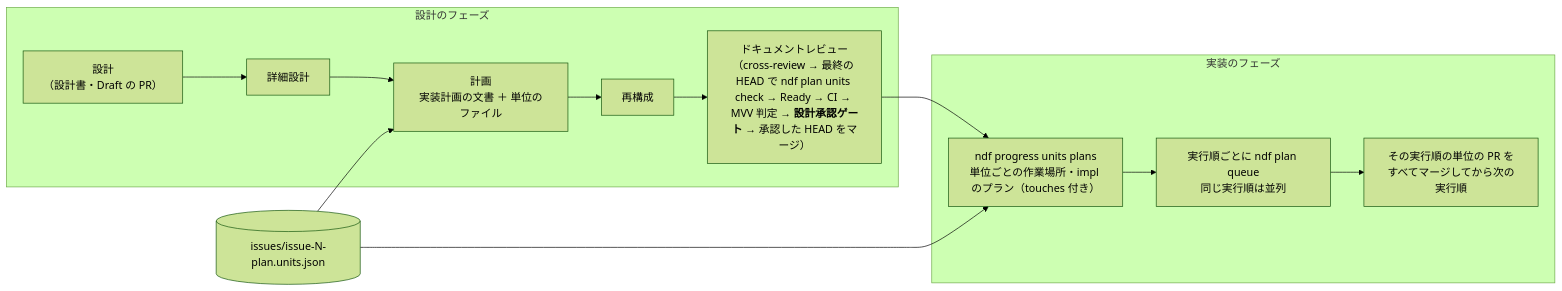
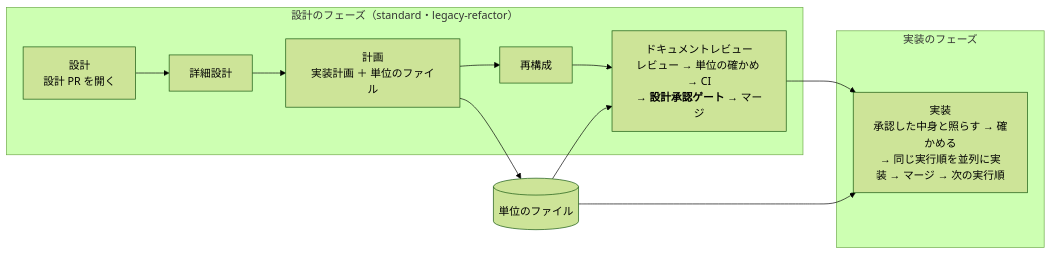
The second of 4 diagrams in issues/issue-3702-design.md (devbasex/ai-plugins), drawn with Mermaid (forest theme) before and after one commit. The commit also changed other lines of this file and 4 other files, not shown here.

````diff
--- a/issues/issue-3702-design.md
+++ b/issues/issue-3702-design.md
@@ -43,12 +41,14 @@
 ```mermaid
 flowchart LR
-  subgraph 設計のフェーズ
-    D["設計<br/>（設計書・Draft の PR）"] --> DD[詳細設計] --> P["計画<br/>実装計画の文書 ＋ 単位のファイル"] --> RB[再構成] --> DR["ドキュメントレビュー<br/>（cross-review → 最終の HEAD で ndf plan units check → Ready → CI → MVV 判定 → <b>設計承認ゲート</b> → 承認した HEAD をマージ）"]
+  subgraph D["設計のフェーズ（standard・legacy-refactor）"]
+    S["設計<br/>設計 PR を開く"] --> DD[詳細設計] --> P["計画<br/>実装計画 ＋ 単位のファイル"] --> RB[再構成] --> DR["ドキュメントレビュー<br/>レビュー → 単位の確かめ → CI<br/>→ <b>設計承認ゲート</b> → マージ"]
   end
-  subgraph 実装のフェーズ
-    U["ndf progress units plans<br/>単位ごとの作業場所・impl のプラン（touches 付き）"] --> Q["実行順ごとに ndf plan queue<br/>同じ実行順は並列"] --> M["その実行順の単位の PR を<br/>すべてマージしてから次の実行順"]
+  F[("単位のファイル")]
+  subgraph I["実装のフェーズ"]
+    IM["実装<br/>承認した中身と照らす → 確かめる<br/>→ 同じ実行順を並列に実装 → マージ → 次の実行順"]
   end
-  DR --> U
-  F[(issues/issue-N-plan.units.json)] --> P
-  F --> U
+  P --> F
+  F --> DR
+  F --> IM
+  DR --> IM
 ```
````
